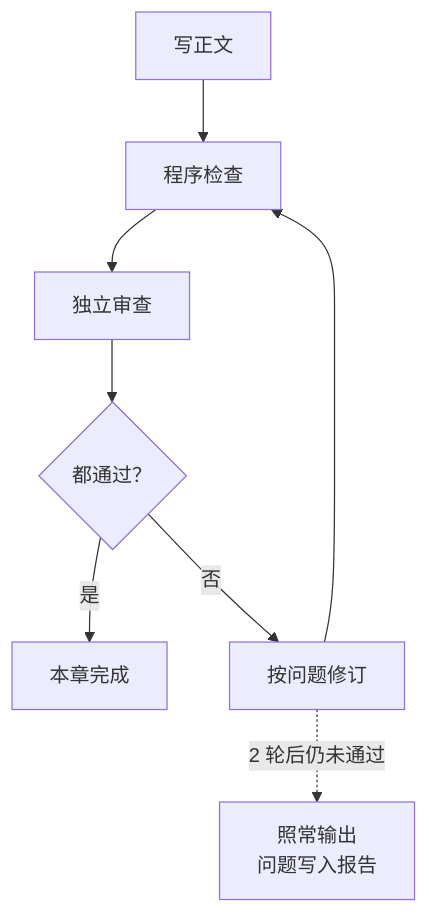
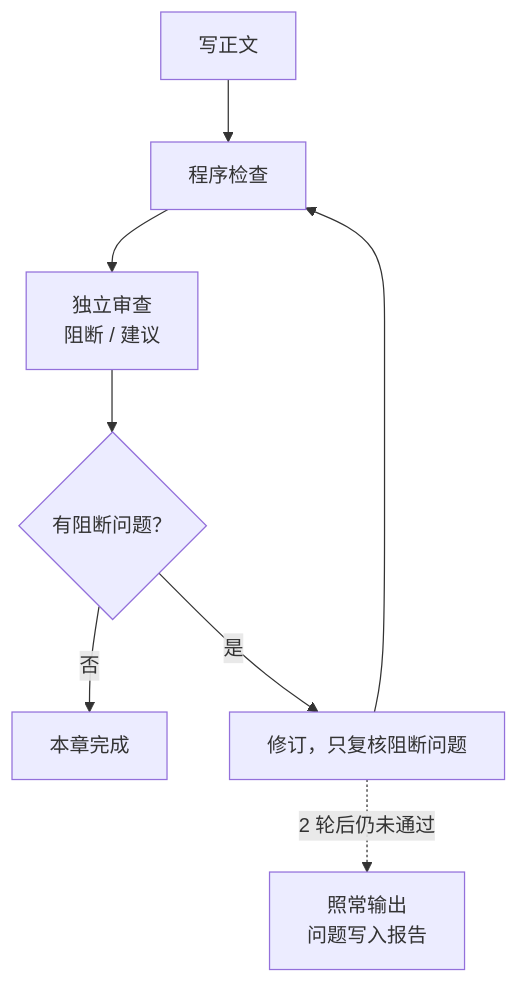
Before and after one commit to songyang8964/video-notes: the seventh of 7 diagrams in README.md, drawn with Mermaid. The commit also changed other lines of this file and 23 other files, not shown here.

````diff
--- a/README.md
+++ b/README.md
@@ -472,10 +485,10 @@
 ```mermaid
 flowchart TD
     W["写正文"] --> C["程序检查"]
-    C --> R["独立审查"]
-    R --> J{"都通过？"}
-    J -- 是 --> OK["本章完成"]
-    J -- 否 --> F["按问题修订"]
+    C --> R["独立审查<br/>阻断 / 建议"]
+    R --> J{"有阻断问题？"}
+    J -- 否 --> OK["本章完成"]
+    J -- 是 --> F["修订，只复核阻断问题"]
     F --> C
     F -. 2 轮后仍未通过 .-> REP["照常输出<br/>问题写入报告"]
 ```
````
